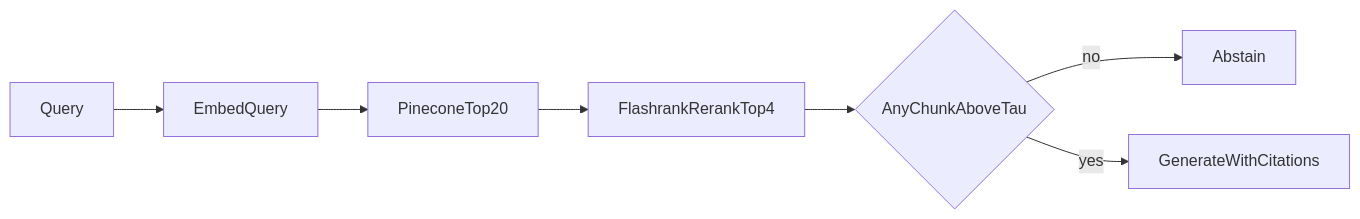
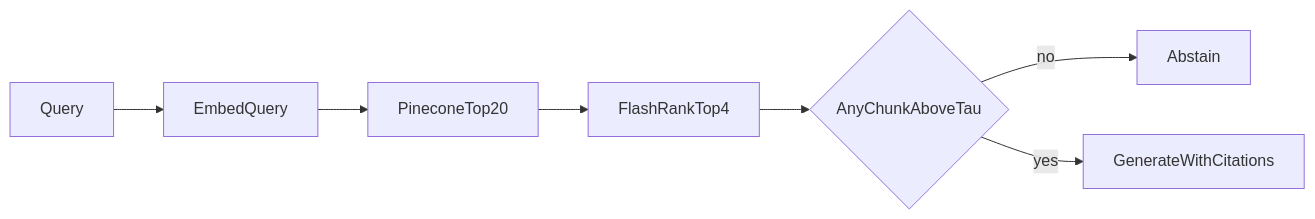
One commit to PrasannaMalatesha/northstar-support-agent changed the sixth of 10 diagrams in architecture.md. Above: the diagram before and after it, drawn with Mermaid. The commit also changed other lines of this file and 65 other files, not shown here.

````diff
--- a/architecture.md
+++ b/architecture.md
@@ -170,9 +170,9 @@
 ```mermaid
 flowchart LR
   query[Query] --> embedQ[EmbedQuery]
   embedQ --> topk[PineconeTop20]
-  topk --> rerank[FlashrankRerankTop4]
+  topk --> rerank[FlashRankTop4]
   rerank --> score{AnyChunkAboveTau}
   score -->|"no"| abstain[Abstain]
   score -->|"yes"| generate[GenerateWithCitations]
 ```
````
